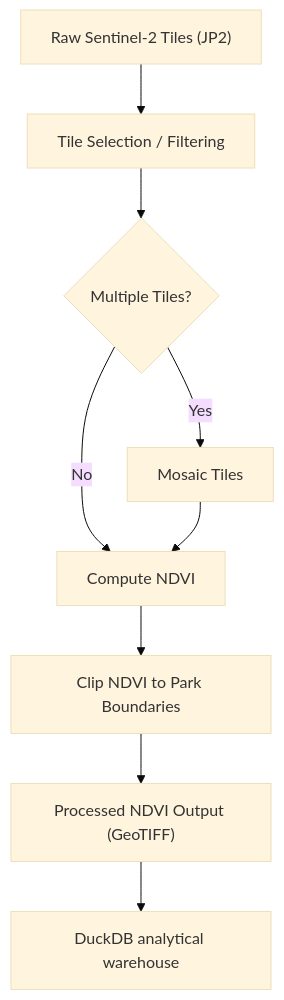
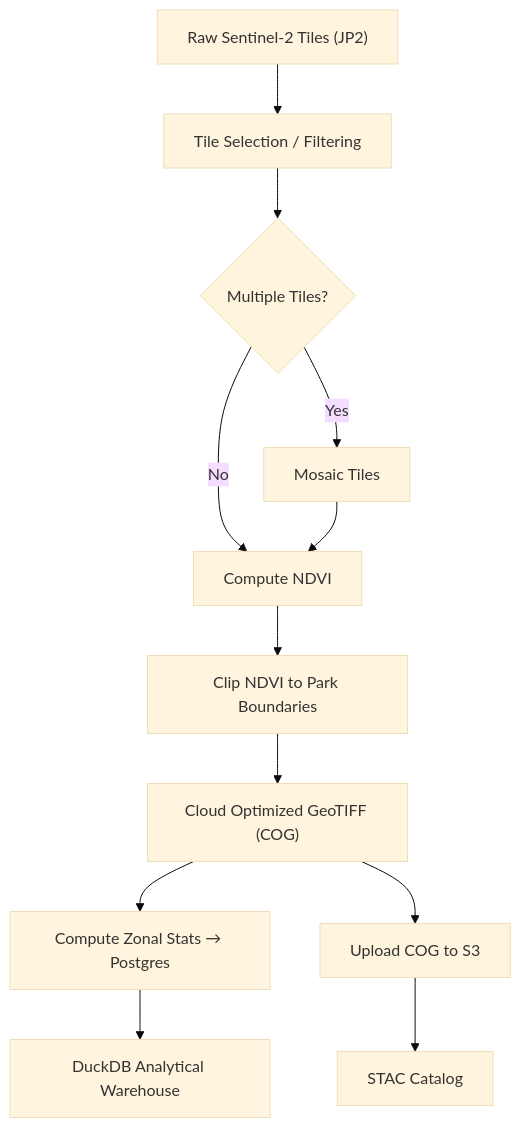
Before and after one commit to jkf735/satellite_ndvi_pipeline: the diagram in README.md, drawn with Mermaid (base theme). The commit also changed other lines of this file, not shown here.

````diff
--- a/README.md
+++ b/README.md
@@ -23,11 +15,14 @@
 ```mermaid
 flowchart TD
     A["Raw Sentinel-2 Tiles (JP2)"] --> B[Tile Selection / Filtering]
     B --> C{Multiple Tiles?}
     C -- Yes --> D[Mosaic Tiles]
     C -- No --> E
     D --> E[Compute NDVI]
     E --> F[Clip NDVI to Park Boundaries]
-    F --> G["Processed NDVI Output (GeoTIFF)"]
-    G --> H[DuckDB analytical warehouse]
+    F --> G["Cloud Optimized GeoTIFF (COG)"]
+    G --> H[Compute Zonal Stats → Postgres]
+    G --> I[Upload COG to S3]
+    H --> J[DuckDB Analytical Warehouse]
+    I --> K[STAC Catalog]
 ```
````
